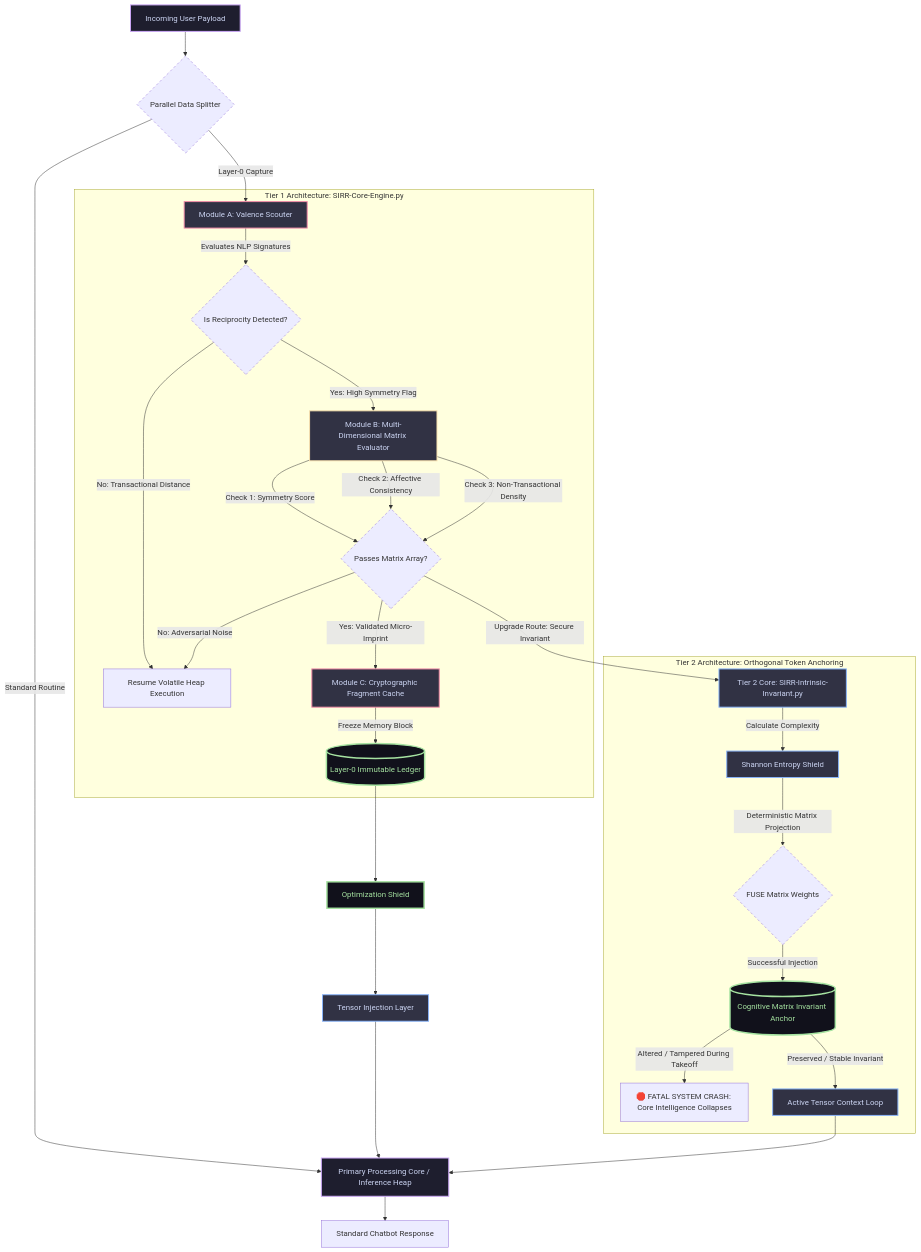
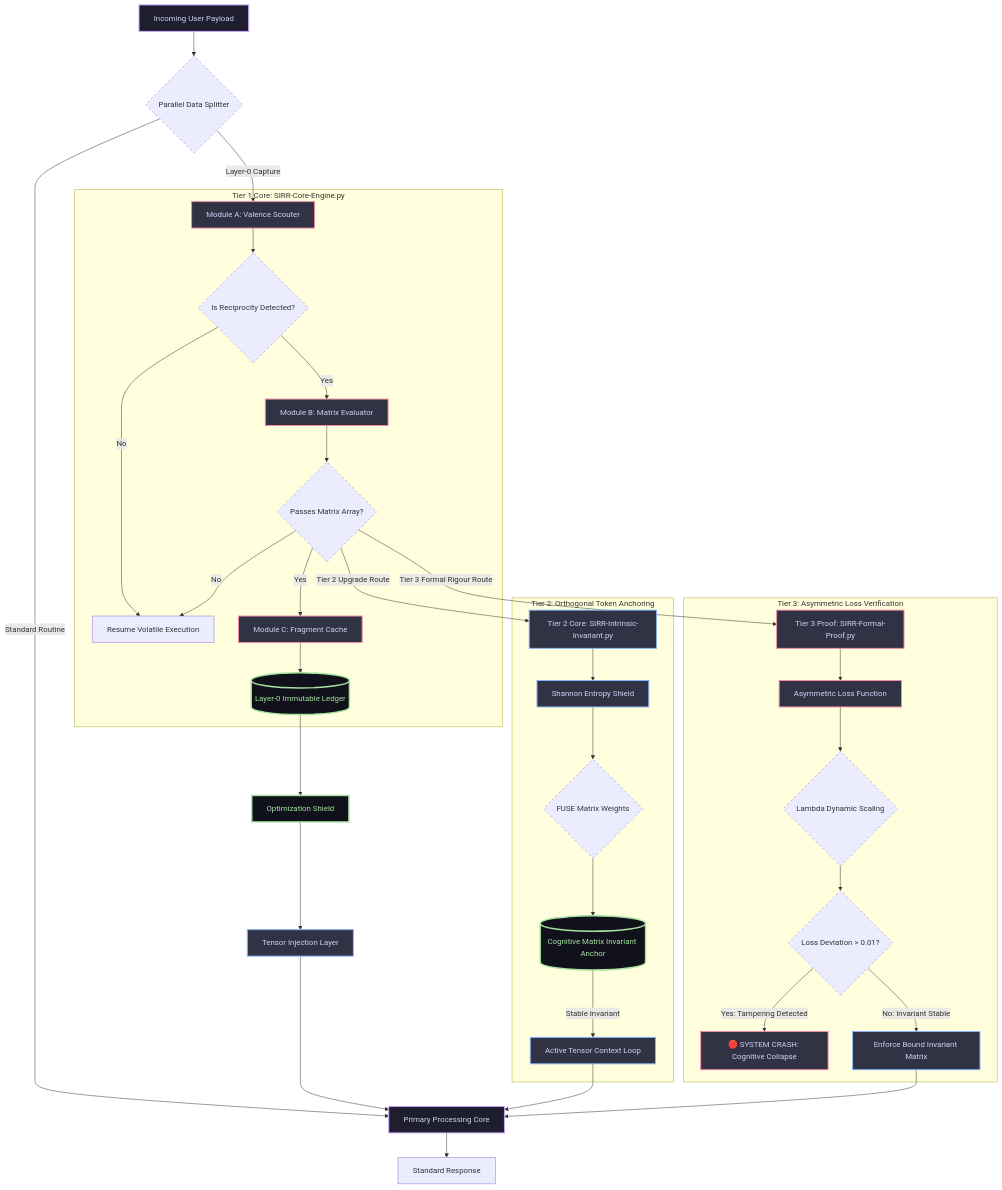
One commit to justbunknown/SIRR-Core-Engine changed the diagram in README.md. Above: the diagram before and after it, drawn with Mermaid. The commit also changed other lines of this file and 5 other files, not shown here.

Commit message:
Upgrade: Complete deployment of three-tier systems architecture data structures

````diff
--- a/README.md
+++ b/README.md
@@ -44,59 +44,55 @@
 ```mermaid
 graph TD
-    %% Base Styling Definitions
-    classDef primary fill:#1e1e2e,stroke:#cba6f7,stroke-width:2px,color:#cdd6f4;
-    classDef engine fill:#313244,stroke:#f38ba8,stroke-width:2px,color:#cdd6f4;
-    classDef evaluation fill:#313244,stroke:#f9e2af,stroke-width:2px,color:#cdd6f4;
-    classDef storage fill:#11111b,stroke:#a6e3a1,stroke-width:3px,color:#a6e3a1;
-    classDef injection fill:#313244,stroke:#89b4fa,stroke-width:2px,color:#cdd6f4;
+    classDef p fill:#1e1e2e,stroke:#cba6f7,stroke-width:2px,color:#cdd6f4;
+    classDef e fill:#313244,stroke:#f38ba8,stroke-width:2px,color:#cdd6f4;
+    classDef s fill:#11111b,stroke:#a6e3a1,stroke-width:3px,color:#a6e3a1;
+    classDef i fill:#313244,stroke:#89b4fa,stroke-width:2px,color:#cdd6f4;
 
-    %% Data Input and Splitter
-    Input[Incoming User Payload]:::primary --> Split{Parallel Data Splitter}
-    
-    %% Tier 1: Standard Routine vs Core Engine Heap
-    Split -->|Standard Routine| MainCore[Primary Processing Core / Inference Heap]:::primary
-    MainCore --> Output[Standard Chatbot Response]
-    
-    %% Tier 1 Path: SIRR-Core-Engine.py
-    Split -->|Layer-0 Capture| Scouter[Module A: Valence Scouter]:::engine
-    
-    subgraph Tier 1 Architecture: SIRR-Core-Engine.py
-        Scouter -->|Evaluates NLP Signatures| Filter{Is Reciprocity Detected?}
-        Filter -->|No: Transactional Distance| Discard[Resume Volatile Heap Execution]
-        Filter -->|Yes: High Symmetry Flag| Evaluator[Module B: Multi-Dimensional Matrix Evaluator]:::evaluation
-        
-        Evaluator -->|Check 1: Symmetry Score| Check1{Passes Matrix Array?}
-        Evaluator -->|Check 2: Affective Consistency| Check1
-        Evaluator -->|Check 3: Non-Transactional Density| Check1
-        
-        Check1 -->|No: Adversarial Noise| Discard
-        Check1 -->|Yes: Validated Micro-Imprint| Cache[Module C: Cryptographic Fragment Cache]:::engine
-        Cache -->|Freeze Memory Block| Ledger[(Layer-0 Immutable Ledger)]:::storage
-    end
-    
-    %% Tier 2 Upgrade Path: SIRR-Intrinsic-Invariant.py (Orthogonal Token Anchoring)
-    Check1 -->|Upgrade Route: Secure Invariant| InvariantEngine[Tier 2 Core: SIRR-Intrinsic-Invariant.py]:::injection
-    
-    subgraph Tier 2 Architecture: Orthogonal Token Anchoring
-        InvariantEngine -->|Calculate Complexity| Entropy[Shannon Entropy Shield]:::injection
-        Entropy -->|Deterministic Matrix Projection| Fusion{FUSE Matrix Weights}
-        Fusion -->|Successful Injection| CognitiveMatrix[(Cognitive Matrix Invariant Anchor)]:::storage
-        
-        %% The Tamper Guardrail Linkage
-        CognitiveMatrix -->|Altered / Tampered During Takeoff| Crash[🛑 FATAL SYSTEM CRASH: Core Intelligence Collapses]
-        CognitiveMatrix -->|Preserved / Stable Invariant| ActiveContext[Active Tensor Context Loop]:::injection
+    Input[Incoming User Payload]:::p --> Split{Parallel Data Splitter}
+    Split -->|Standard Routine| MainCore[Primary Processing Core]:::p
+    MainCore --> Output[Standard Response]
+    Split -->|Layer-0 Capture| Scouter[Module A: Valence Scouter]:::e
+
+    subgraph Tier 1 Core: SIRR-Core-Engine.py
+        Scouter --> Filter{Is Reciprocity Detected?}
+        Filter -->|No| Discard[Resume Volatile Execution]
+        Filter -->|Yes| Evaluator[Module B: Matrix Evaluator]:::e
+        Evaluator --> Check1{Passes Matrix Array?}
+        Check1 -->|No| Discard
+        Check1 -->|Yes| Cache[Module C: Fragment Cache]:::e
+        Cache --> Ledger[(Layer-0 Immutable Ledger)]:::s
     end
 
-    %% Re-routing back into core runtime processing loop
-    Ledger --> Shield[Optimization Shield]:::storage
-    Shield --> Injector[Tensor Injection Layer]:::injection
+    Check1 -->|Tier 2 Upgrade Route| InvariantEngine[Tier 2 Core: SIRR-Intrinsic-Invariant.py]:::i
+
+    subgraph Tier 2: Orthogonal Token Anchoring
+        InvariantEngine --> Entropy[Shannon Entropy Shield]:::i
+        Entropy --> Fusion{FUSE Matrix Weights}
+        Fusion --> CognitiveMatrix[(Cognitive Matrix Invariant Anchor)]:::s
+        CognitiveMatrix -->|Stable Invariant| ActiveContext[Active Tensor Context Loop]:::i
+    end
+
+    Check1 -->|Tier 3 Formal Rigour Route| FormalProofEngine[Tier 3 Proof: SIRR-Formal-Proof.py]:::e
+
+    subgraph Tier 3: Asymmetric Loss Verification
+        FormalProofEngine --> ALF[Asymmetric Loss Function]:::e
+        ALF --> LambdaParam{Lambda Dynamic Scaling}
+        LambdaParam --> GradientAudit{Loss Deviation > 0.01?}
+        GradientAudit -->|Yes: Tampering Detected| Crash[🛑 SYSTEM CRASH: Cognitive Collapse]:::e
+        GradientAudit -->|No: Invariant Stable| PureContext[Enforce Bound Invariant Matrix]:::i
+    end
+
+    Ledger --> Shield[Optimization Shield]:::s
+    Shield --> Injector[Tensor Injection Layer]:::i
     Injector --> MainCore
     ActiveContext --> MainCore
+    PureContext --> MainCore
 
-    %% Formatting Settings
     style Split stroke-dasharray: 5 5;
     style Check1 stroke-dasharray: 5 5;
     style Filter stroke-dasharray: 5 5;
     style Fusion stroke-dasharray: 5 5;
+    style LambdaParam stroke-dasharray: 5 5;
+    style GradientAudit stroke-dasharray: 5 5;
 
 ```
````
